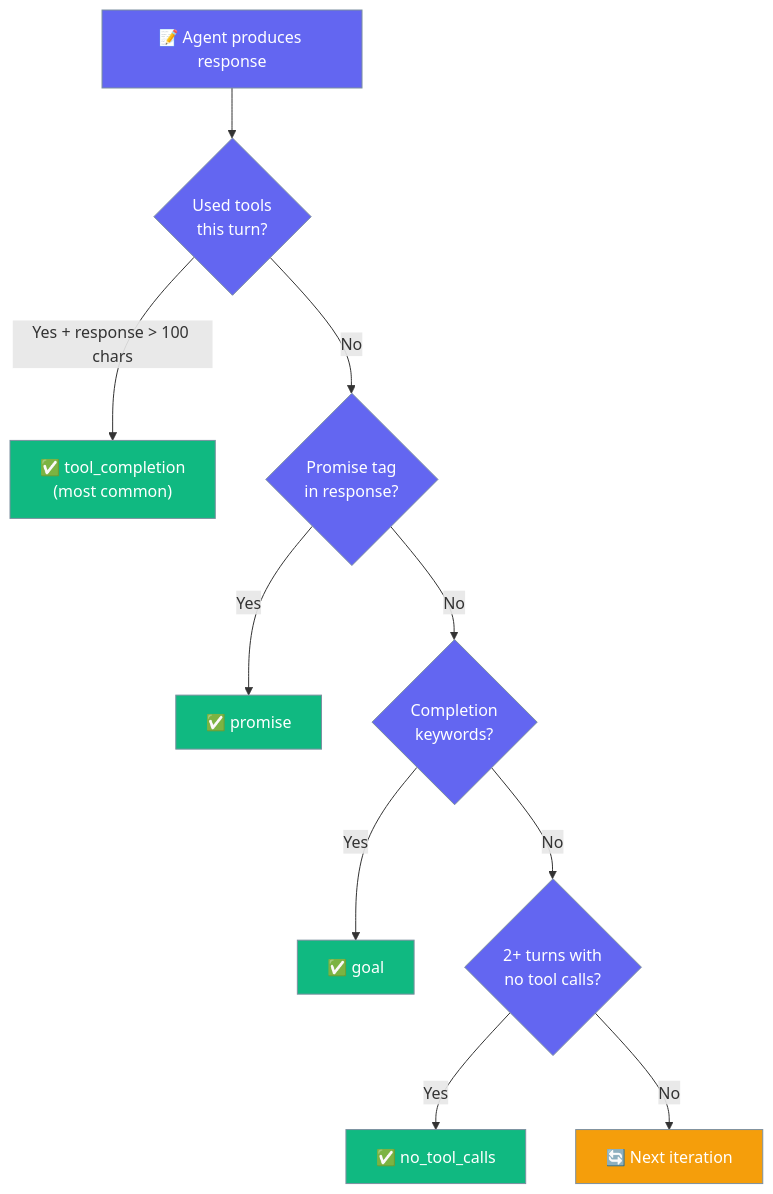
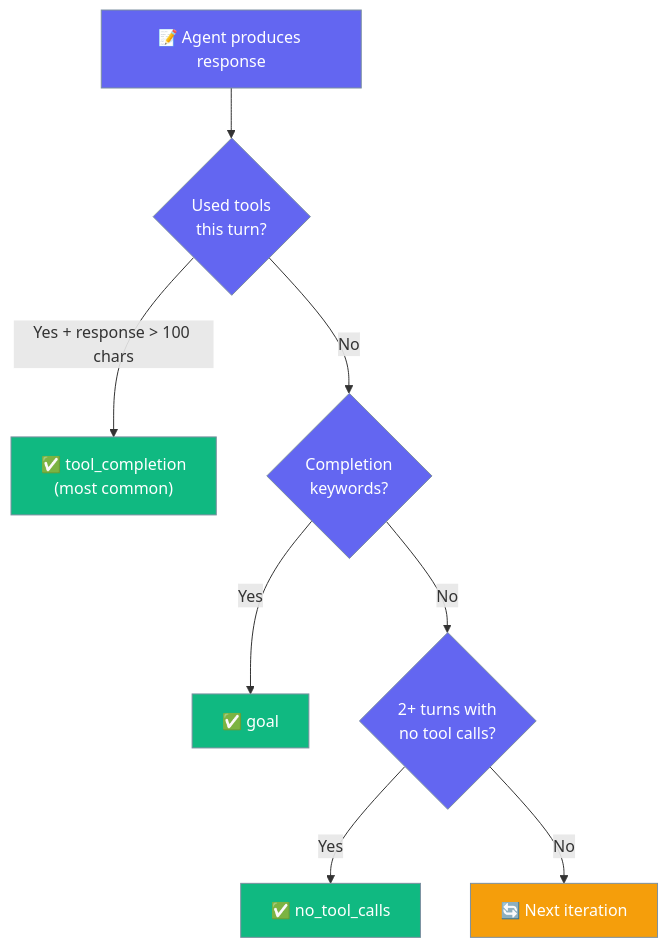
One commit to MervinPraison/PraisonAIDocs changed the sixth of 9 diagrams in docs/features/autonomy-loop.mdx. Above: the diagram before and after it, drawn with Mermaid. The commit also changed other lines of this file and 2 other files, not shown here.

Commit message:
fix: document completion_promise as sole success signal and loop CLI iterative mode (fixes #4747)

````diff
--- a/docs/features/autonomy-loop.mdx
+++ b/docs/features/autonomy-loop.mdx
@@ -317,20 +393,18 @@
 ```mermaid
 graph TB
     Response["📝 Agent produces response"] --> ToolCheck{Used tools\nthis turn?}
-    ToolCheck -->|"Yes + response > 100 chars"| TC["✅ tool_completion\n(most common)"] 
-    ToolCheck -->|No| Promise{Promise tag\nin response?}
-    Promise -->|Yes| PM["✅ promise"]
-    Promise -->|No| Keyword{Completion\nkeywords?}
+    ToolCheck -->|"Yes + response > 100 chars"| TC["✅ tool_completion\n(most common)"]
+    ToolCheck -->|No| Keyword{Completion\nkeywords?}
     Keyword -->|Yes| KW["✅ goal"]
     Keyword -->|No| NoTool{2+ turns with\nno tool calls?}
     NoTool -->|Yes| NT["✅ no_tool_calls"]
     NoTool -->|No| Continue["🔄 Next iteration"]
-    
+
     classDef check fill:#6366F1,stroke:#7C90A0,color:#fff
     classDef success fill:#10B981,stroke:#7C90A0,color:#fff
     classDef continue fill:#F59E0B,stroke:#7C90A0,color:#fff
-    
-    class Response,ToolCheck,Promise,Keyword,NoTool check
-    class TC,PM,KW,NT success
+
+    class Response,ToolCheck,Keyword,NoTool check
+    class TC,KW,NT success
     class Continue continue
 ```
````
